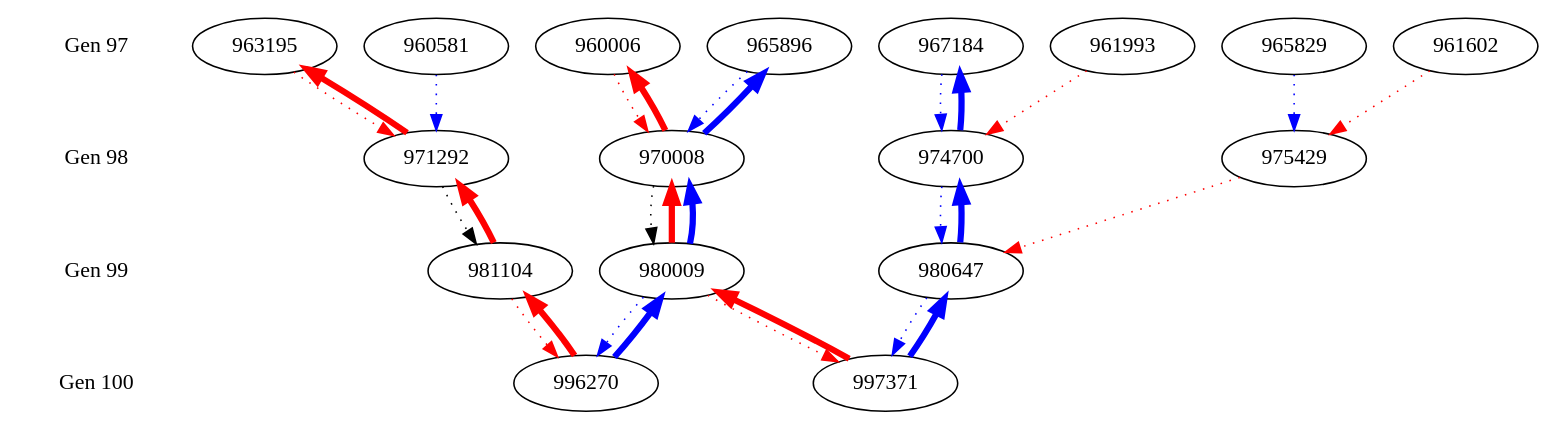
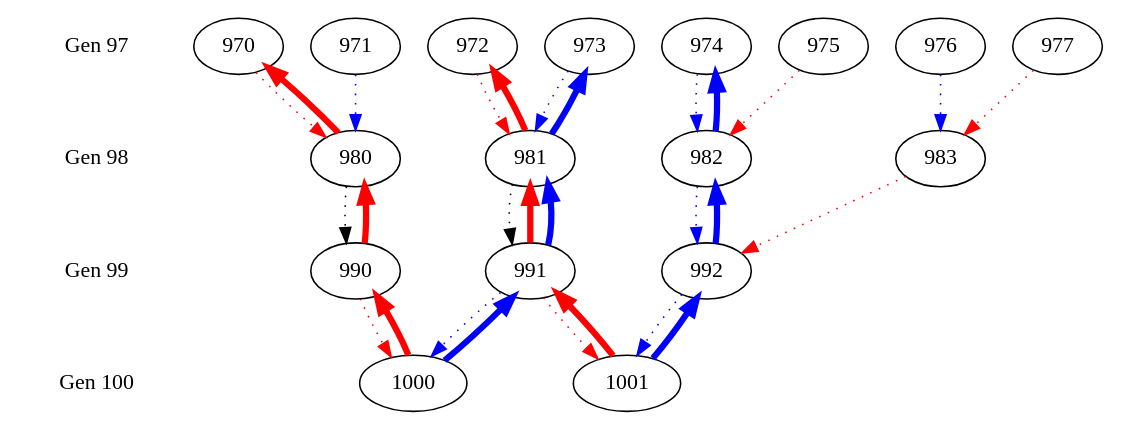
The diagram in XO_path_example.dot (NicMcPhee/UMM-EC-GraphDB-Presentations), drawn with Graphviz before and after one commit. The commit also changed 1 other file, not shown here.

```diff
--- a/XO_path_example.dot
+++ b/XO_path_example.dot
@@ -1,49 +1,49 @@
 digraph G {
-	{ rank = same; "Gen 97"; 967184; 961993; 965829; 961602; 960006; 965896; 963195; 960581; }
-	{ rank = same; "Gen 98"; 971292; 970008; 974700; 975429; }
-	{ rank = same; "Gen 99"; 981104; 980009; 980647; }
-	{ rank = same; "Gen 100"; 996270; 997371; }
+	{ rank = same; "Gen 97"; 970; 971; 972; 973; 974; 975; 976; 977; }
+	{ rank = same; "Gen 98"; 980; 981; 982; 983; }
+	{ rank = same; "Gen 99"; 990; 991; 992; }
+	{ rank = same; "Gen 100"; 1000; 1001; }
 	"Gen 97" [color=white];
 	"Gen 98" [color=white];
 	"Gen 99" [color=white];
 	"Gen 100" [color=white];
 	"Gen 97" -> "Gen 98" -> "Gen 99" -> "Gen 100" [color=white];
-	// 996270 [color=green,style=filled,shape=box];
+	// 1000 [color=green,style=filled,shape=box];
 
-	981104 -> 996270 [color=red,style=dotted];
-	971292 -> 981104 [color=black,style=dotted];
-	963195 -> 971292 [color=red,style=dotted];
-	960581 -> 971292 [color=blue,style=dotted];
-	960006 -> 970008 [color=red,style=dotted];
-	965896 -> 970008 [color=blue,style=dotted];
-	970008 -> 980009 [color=black,style=dotted];
-	980009 -> 996270 [color=blue,style=dotted];
-	980009 -> 997371 [color=red,style=dotted];
-	967184 -> 974700 [color=blue,style=dotted];
-	961993 -> 974700 [color=red,style=dotted];
-	974700 -> 980647 [color=blue,style=dotted];
-	965829 -> 975429 [color=blue,style=dotted];
-	961602 -> 975429 [color=red,style=dotted];
-	975429 -> 980647 [color=red,style=dotted];
-	980647 -> 997371 [color=blue,style=dotted];
+	990 -> 1000 [color=red,style=dotted];
+	980 -> 990 [color=black,style=dotted];
+	970 -> 980 [color=red,style=dotted];
+	971 -> 980 [color=blue,style=dotted];
+	972 -> 981 [color=red,style=dotted];
+	973 -> 981 [color=blue,style=dotted];
+	981 -> 991 [color=black,style=dotted];
+	991 -> 1000 [color=blue,style=dotted];
+	991 -> 1001 [color=red,style=dotted];
+	974 -> 982 [color=blue,style=dotted];
+	975 -> 982 [color=red,style=dotted];
+	982 -> 992 [color=blue,style=dotted];
+	976 -> 983 [color=blue,style=dotted];
+	977 -> 983 [color=red,style=dotted];
+	983 -> 992 [color=red,style=dotted];
+	992 -> 1001 [color=blue,style=dotted];
 
-	// Root path for 997371
-	974700 -> 967184 [color=blue,penwidth=4];
-	980647 -> 974700 [color=blue,penwidth=4];
-	997371 -> 980647 [color=blue,penwidth=4];
+	// Root path for 1001
+	982 -> 974 [color=blue,penwidth=4];
+	992 -> 982 [color=blue,penwidth=4];
+	1001 -> 992 [color=blue,penwidth=4];
 
-	// Non-root path for 997371
-	970008 -> 960006 [color=red,penwidth=4];
-	980009 -> 970008 [color=red,penwidth=4];
-	997371 -> 980009 [color=red,penwidth=4];
+	// Non-root path for 1001
+	981 -> 972 [color=red,penwidth=4];
+	991 -> 981 [color=red,penwidth=4];
+	1001 -> 991 [color=red,penwidth=4];
 
-	// Root path for 996270
-	970008 -> 965896 [color=blue,penwidth=4];
-	980009 -> 970008 [color=blue,penwidth=4];
-	996270 -> 980009 [color=blue,penwidth=4];
+	// Root path for 1000
+	981 -> 973 [color=blue,penwidth=4];
+	991 -> 981 [color=blue,penwidth=4];
+	1000 -> 991 [color=blue,penwidth=4];
 
-	// Non-root path for 996270
-	971292 -> 963195 [color=red,penwidth=4];
-	981104 -> 971292 [color=red,penwidth=4];
-	996270 -> 981104 [color=red,penwidth=4];
+	// Non-root path for 1000
+	980 -> 970 [color=red,penwidth=4];
+	990 -> 980 [color=red,penwidth=4];
+	1000 -> 990 [color=red,penwidth=4];
 }
```
